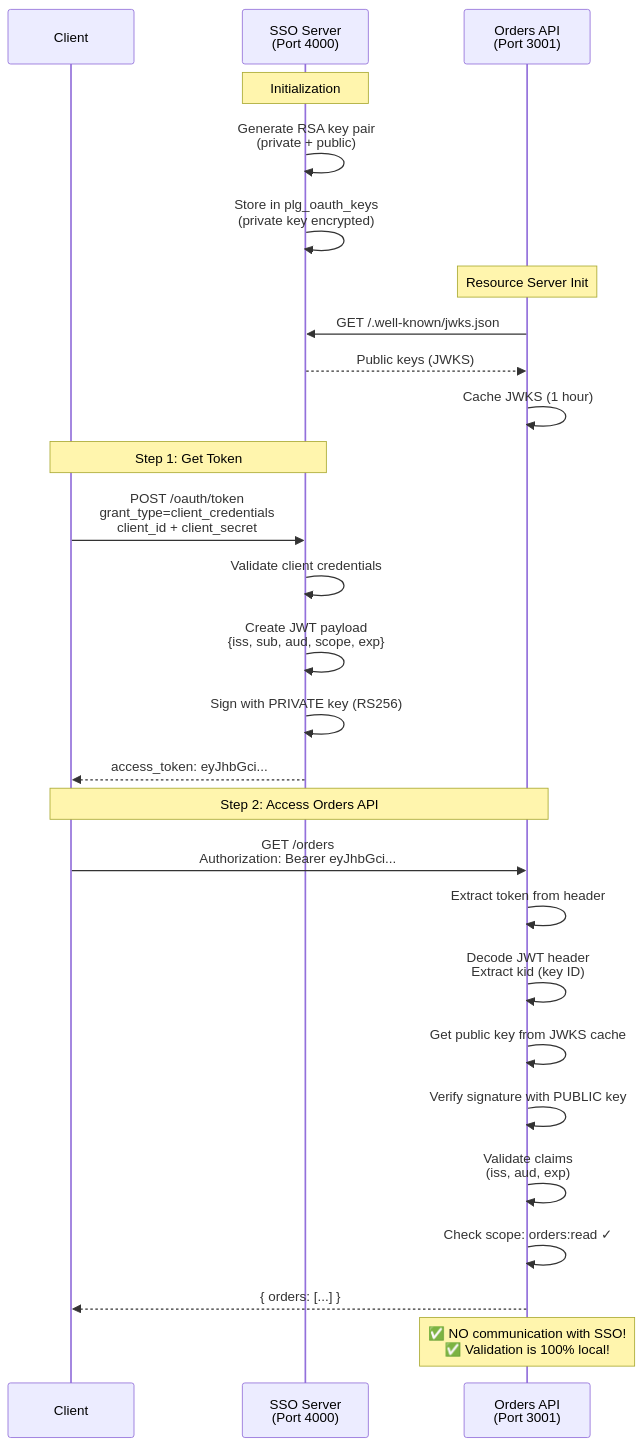
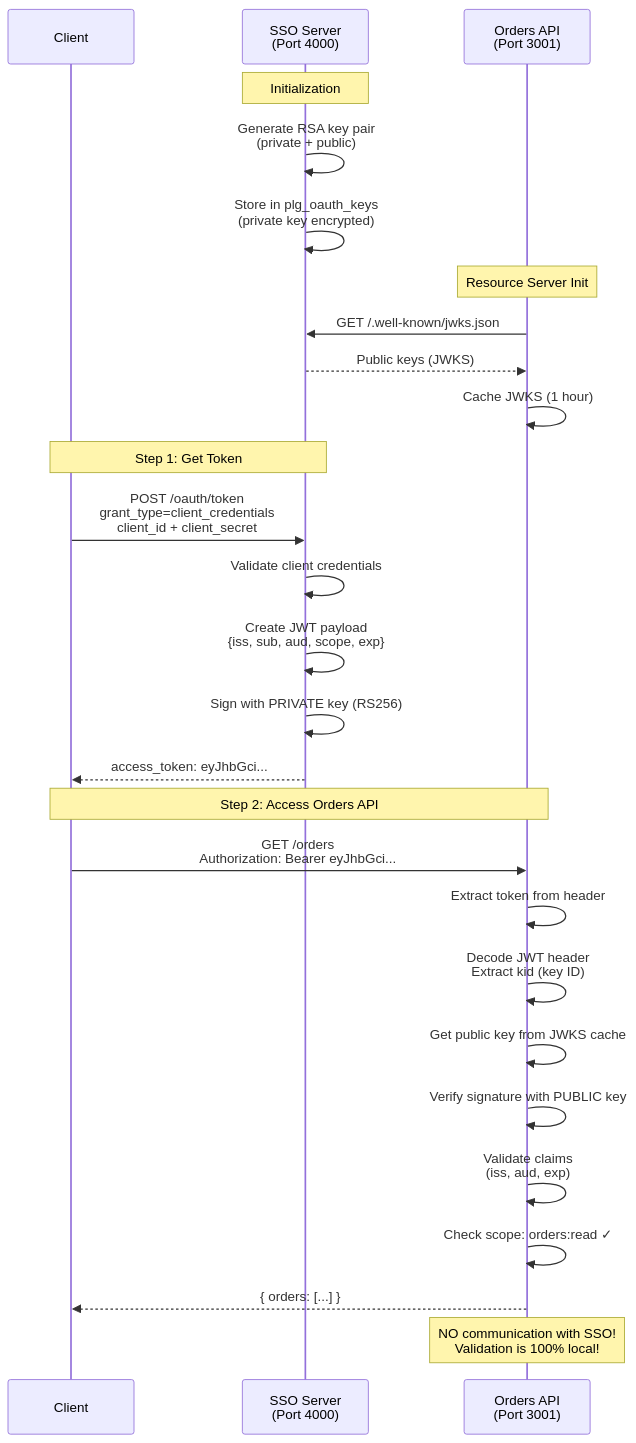
One commit to forattini-dev/s3db.js changed the second of 3 diagrams in docs/plugins/identity.md. Above: the diagram before and after it, drawn with Mermaid. The commit also changed other lines of this file and 5 other files, not shown here.

First line of the commit message:
docs: remove all styles and emojis from Mermaid diagrams for dark mode compatibility

````diff
--- a/docs/plugins/identity.md
+++ b/docs/plugins/identity.md
@@ -1210,34 +1205,34 @@
 ```mermaid
 sequenceDiagram
     participant Client
     participant SSO as SSO Server<br/>(Port 4000)
     participant Orders as Orders API<br/>(Port 3001)
 
     Note over SSO: Initialization
     SSO->>SSO: Generate RSA key pair<br/>(private + public)
     SSO->>SSO: Store in plg_oauth_keys<br/>(private key encrypted)
 
     Note over Orders: Resource Server Init
     Orders->>SSO: GET /.well-known/jwks.json
     SSO-->>Orders: Public keys (JWKS)
     Orders->>Orders: Cache JWKS (1 hour)
 
     Note over Client,SSO: Step 1: Get Token
     Client->>SSO: POST /oauth/token<br/>grant_type=client_credentials<br/>client_id + client_secret
     SSO->>SSO: Validate client credentials
     SSO->>SSO: Create JWT payload<br/>{iss, sub, aud, scope, exp}
     SSO->>SSO: Sign with PRIVATE key (RS256)
     SSO-->>Client: access_token: eyJhbGci...
 
     Note over Client,Orders: Step 2: Access Orders API
     Client->>Orders: GET /orders<br/>Authorization: Bearer eyJhbGci...
     Orders->>Orders: Extract token from header
     Orders->>Orders: Decode JWT header<br/>Extract kid (key ID)
     Orders->>Orders: Get public key from JWKS cache
     Orders->>Orders: Verify signature with PUBLIC key
     Orders->>Orders: Validate claims<br/>(iss, aud, exp)
     Orders->>Orders: Check scope: orders:read ✓
     Orders-->>Client: { orders: [...] }
 
-    Note over Orders: ✅ NO communication with SSO!<br/>✅ Validation is 100% local!
+    Note over Orders: NO communication with SSO!<br/>Validation is 100% local!
 ```
````
